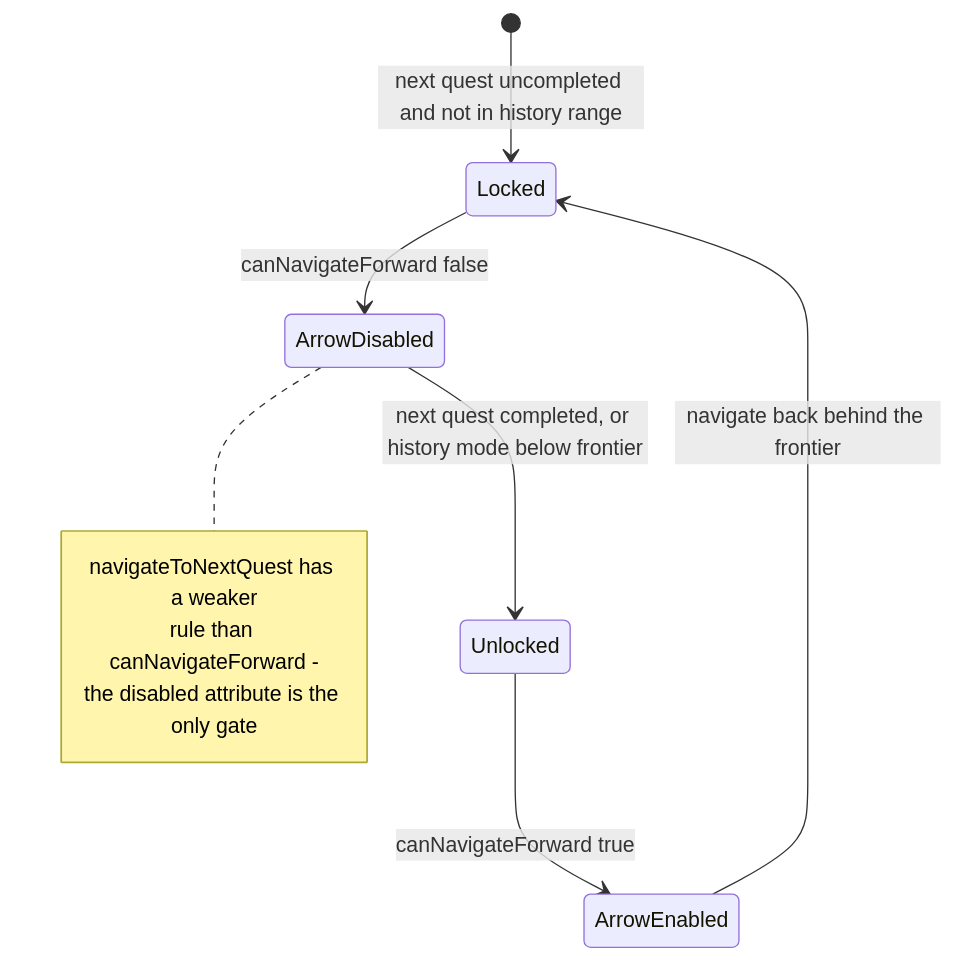
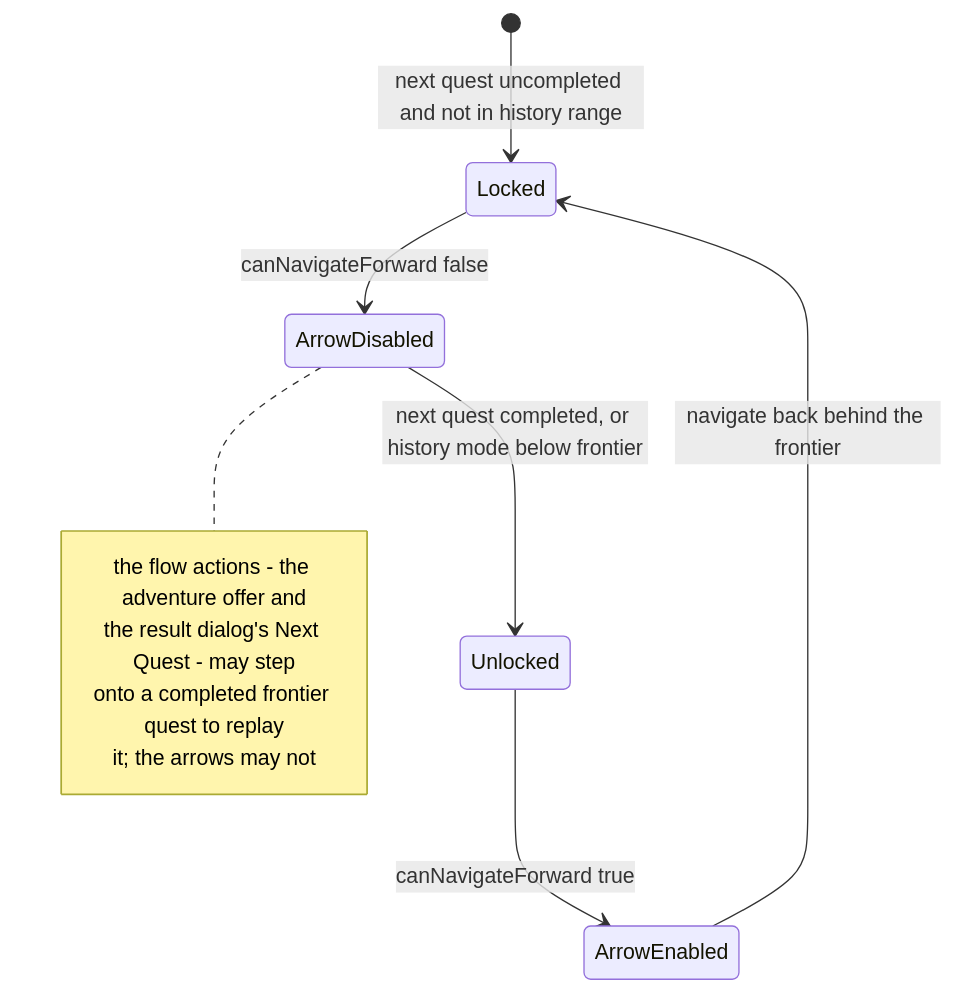
Before and after one commit to ghmer/rego-adventure: the sixth of 46 diagrams in docu/state-machines.md, drawn with Mermaid. The commit also changed other lines of this file and 77 other files, not shown here.

````diff
--- a/docu/state-machines.md
+++ b/docu/state-machines.md
@@ -291,13 +328,14 @@
 ```mermaid
 stateDiagram-v2
     [*] --> Locked : next quest uncompleted and not in history range
     Locked --> ArrowDisabled : canNavigateForward false
     ArrowDisabled --> Unlocked : next quest completed, or history mode below frontier
     Unlocked --> ArrowEnabled : canNavigateForward true
     ArrowEnabled --> Locked : navigate back behind the frontier
     note right of ArrowDisabled
-        navigateToNextQuest has a weaker
-        rule than canNavigateForward -
-        the disabled attribute is the only gate
+        the flow actions - the adventure offer and
+        the result dialog's Next Quest - may step
+        onto a completed frontier quest to replay
+        it; the arrows may not
     end note
 ```
````
